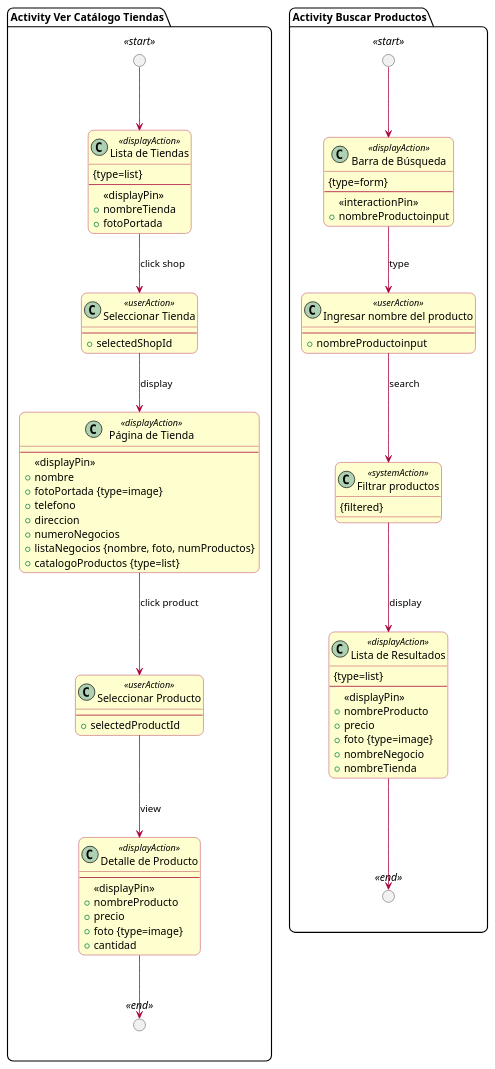
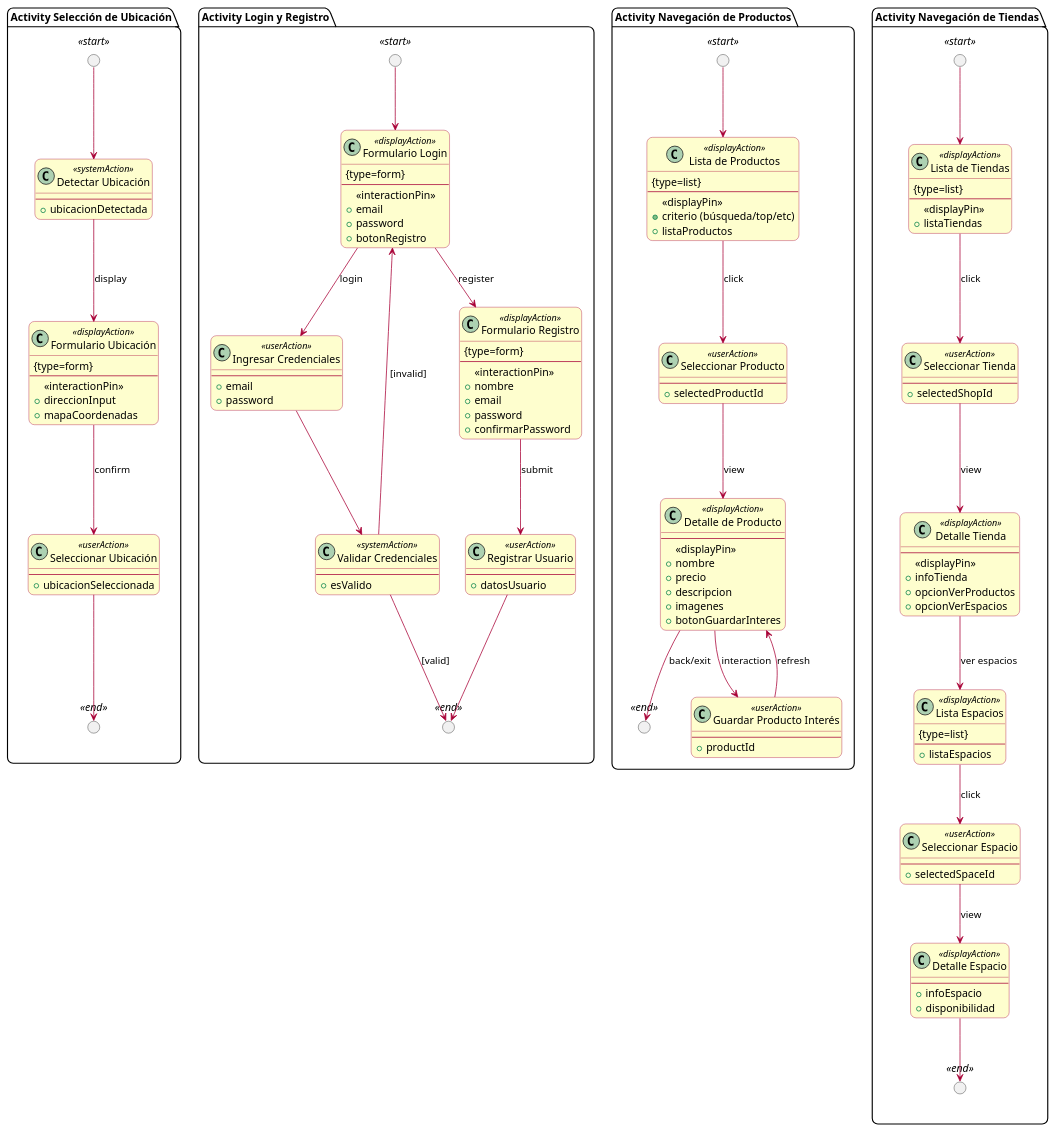
One commit to AtomicDevelopers/UWE-Tienda-Colectiva changed the diagram in Requirements Model/Activites/guest_user_activites.puml. Above: the diagram before and after it, drawn with PlantUML.

Commit message:
Feat: mejora al modelo de requerimiento/ actividades de invitado

```diff
--- a/Requirements Model/Activites/guest_user_activites.puml
+++ b/Requirements Model/Activites/guest_user_activites.puml
@@ -1,102 +1,195 @@
-@startuml landingPage_requirements
+@startuml guest_user_activities
 allow_mixing
 
 skinparam shadow false
-
 skinparam roundCorner 15
 skinparam class {
   BackgroundColor #FEFECE
   BorderColor #A80036
   ArrowColor #A80036
 }
+skinparam circleBackgroundColor black
 
-package "Activity Ver Catálogo Tiendas" {
-  circle " " as BS_Start <<start>>
-  circle " " as BS_End <<end>>
-  skinparam circleBackgroundColor black
+' 1. Selección de Ubicación
+package "Activity Selección de Ubicación" {
+  circle " " as Loc_Start <<start>>
+  circle " " as Loc_End <<end>>
 
-  class "Lista de Tiendas" as BS_List <<displayAction>> {
+  class "Detectar Ubicación" as Loc_Detect <<systemAction>> {
+    --
+    + ubicacionDetectada
+  }
+
+  class "Formulario Ubicación" as Loc_Form <<displayAction>> {
+    {type=form}
+    --
+    <<interactionPin>>
+    + direccionInput
+    + mapaCoordenadas
+  }
+
+  class "Seleccionar Ubicación" as Loc_Select <<userAction>> {
+    --
+    + ubicacionSeleccionada
+  }
+
+  Loc_Start --> Loc_Detect
+  Loc_Detect --> Loc_Form : display
+  Loc_Form --> Loc_Select : confirm
+  Loc_Select --> Loc_End
+}
+
+' 2. Login y Registro
+package "Activity Login y Registro" {
+  circle " " as Log_Start <<start>>
+  circle " " as Log_End <<end>>
+
+  class "Formulario Login" as Log_Form <<displayAction>> {
+    {type=form}
+    --
+    <<interactionPin>>
+    + email
+    + password
+    + botonRegistro
+  }
+
+  class "Ingresar Credenciales" as Log_Input <<userAction>> {
+    --
+    + email
+    + password
+  }
+
+  class "Validar Credenciales" as Log_Validate <<systemAction>> {
+    --
+    + esValido
+  }
+
+  class "Formulario Registro" as Reg_Form <<displayAction>> {
+    {type=form}
+    --
+    <<interactionPin>>
+    + nombre
+    + email
+    + password
+    + confirmarPassword
+  }
+
+  class "Registrar Usuario" as Reg_Action <<userAction>> {
+    --
+    + datosUsuario
+  }
+
+  Log_Start --> Log_Form
+  Log_Form --> Log_Input : login
+  Log_Form --> Reg_Form : register
+  
+  Log_Input --> Log_Validate
+  Log_Validate --> Log_End : [valid]
+  Log_Validate --> Log_Form : [invalid]
+
+  Reg_Form --> Reg_Action : submit
+  Reg_Action --> Log_End
+}
+
+' 3. Navegación de Productos (Más Vendidos, Búsqueda, Interés)
+package "Activity Navegación de Productos" {
+  circle " " as Prod_Start <<start>>
+  circle " " as Prod_End <<end>>
+
+  class "Lista de Productos" as Prod_List <<displayAction>> {
     {type=list}
     --
     <<displayPin>>
-    + nombreTienda
-    + fotoPortada
+    + criterio (búsqueda/top/etc)
+    + listaProductos
   }
+
+  class "Seleccionar Producto" as Prod_Select <<userAction>> {
+    --
+    + selectedProductId
+  }
+
+  class "Detalle de Producto" as Prod_Detail <<displayAction>> {
+    --
+    <<displayPin>>
+    + nombre
+    + precio
+    + descripcion
+    + imagenes
+    + botonGuardarInteres
+  }
+
+  class "Guardar Producto Interés" as Prod_Save <<userAction>> {
+    --
+    + productId
+  }
+
+  Prod_Start --> Prod_List
+  Prod_List --> Prod_Select : click
+  Prod_Select --> Prod_Detail : view
   
-  class "Seleccionar Tienda" as BS_Select <<userAction>> {
+  Prod_Detail --> Prod_Save : interaction
+  Prod_Save --> Prod_Detail : refresh
+  
+  Prod_Detail --> Prod_End : back/exit
+}
+
+' 4. Navegación de Tiendas (Tiendas -> Espacios/Productos)
+package "Activity Navegación de Tiendas" {
+  circle " " as Shop_Start <<start>>
+  circle " " as Shop_End <<end>>
+
+  class "Lista de Tiendas" as Shop_List <<displayAction>> {
+    {type=list}
+    --
+    <<displayPin>>
+    + listaTiendas
+  }
+
+  class "Seleccionar Tienda" as Shop_Select <<userAction>> {
     --
     + selectedShopId
   }
-  
-  class "Página de Tienda" as BS_Page <<displayAction>> {
+
+  class "Detalle Tienda" as Shop_Detail <<displayAction>> {
     --
     <<displayPin>>
-    + nombre
-    + fotoPortada {type=image}
-    + telefono
-    + direccion
-    + numeroNegocios
-    + listaNegocios {nombre, foto, numProductos}
-    + catalogoProductos {type=list}
-  }
-  
-  class "Seleccionar Producto" as BS_SelectProd <<userAction>> {
-    --
-    + selectedProductId
-  }
-  
-  class "Detalle de Producto" as BS_ProdDetail <<displayAction>> {
-    --
-    <<displayPin>>
-    + nombreProducto
-    + precio
-    + foto {type=image}
-    + cantidad
+    + infoTienda
+    + opcionVerProductos
+    + opcionVerEspacios
   }
 
-  BS_Start --> BS_List
-  BS_List --> BS_Select : click shop
-  BS_Select --> BS_Page : display
-  BS_Page --> BS_SelectProd : click product
-  BS_SelectProd --> BS_ProdDetail : view
-  BS_ProdDetail --> BS_End
+  ' Rama Espacios
+  class "Lista Espacios" as Space_List <<displayAction>> {
+    {type=list}
+    --
+    + listaEspacios
+  }
+
+  class "Seleccionar Espacio" as Space_Select <<userAction>> {
+    --
+    + selectedSpaceId
+  }
+
+  class "Detalle Espacio" as Space_Detail <<displayAction>> {
+    --
+    + infoEspacio
+    + disponibilidad
+  }
+
+  Shop_Start --> Shop_List
+  Shop_List --> Shop_Select : click
+  Shop_Select --> Shop_Detail : view
+
+  ' Ramificación
+  Shop_Detail --> Space_List : ver espacios
+  
+  ' Nota: La rama de productos conecta conceptualmente con "Navegación de Productos"
+  ' pero aquí se modela la decisión de navegación.
+  
+  Space_List --> Space_Select : click
+  Space_Select --> Space_Detail : view
+  Space_Detail --> Shop_End
 }
 
-package "Activity Buscar Productos" {
-  circle " " as SP_Start <<start>>
-  circle " " as SP_End <<end>>
-
-  class "Barra de Búsqueda" as SP_Form <<displayAction>> {
-    {type=form}
-    --
-    <<interactionPin>>
-    + nombreProductoinput
-  }
-  
-  class "Ingresar nombre del producto" as SP_Input <<userAction>> {
-    --
-    + nombreProductoinput
-  }
-  
-  class "Filtrar productos" as SP_Filter <<systemAction>> {
-    {filtered}
-  }
-  
-  class "Lista de Resultados" as SP_Results <<displayAction>> {
-    {type=list}
-    --
-    <<displayPin>>
-    + nombreProducto
-    + precio
-    + foto {type=image}
-    + nombreNegocio
-    + nombreTienda
-  }
-  
-  SP_Start --> SP_Form
-  SP_Form --> SP_Input : type
-  SP_Input --> SP_Filter : search
-  SP_Filter --> SP_Results : display
-  SP_Results --> SP_End
-}
 @enduml
```
